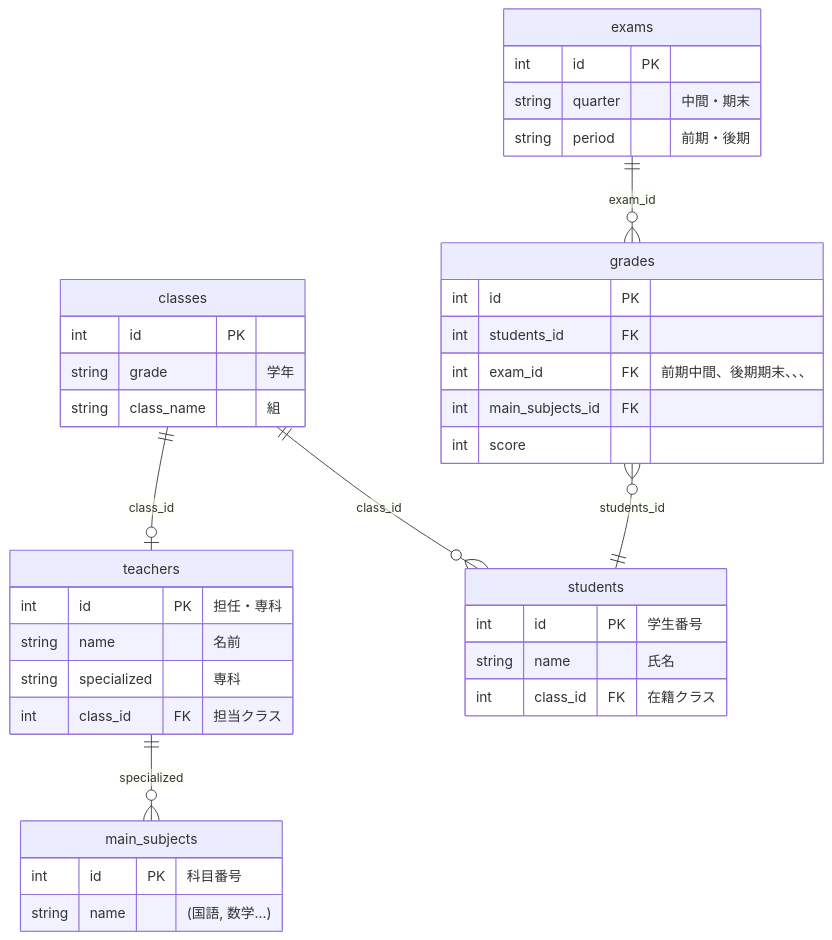
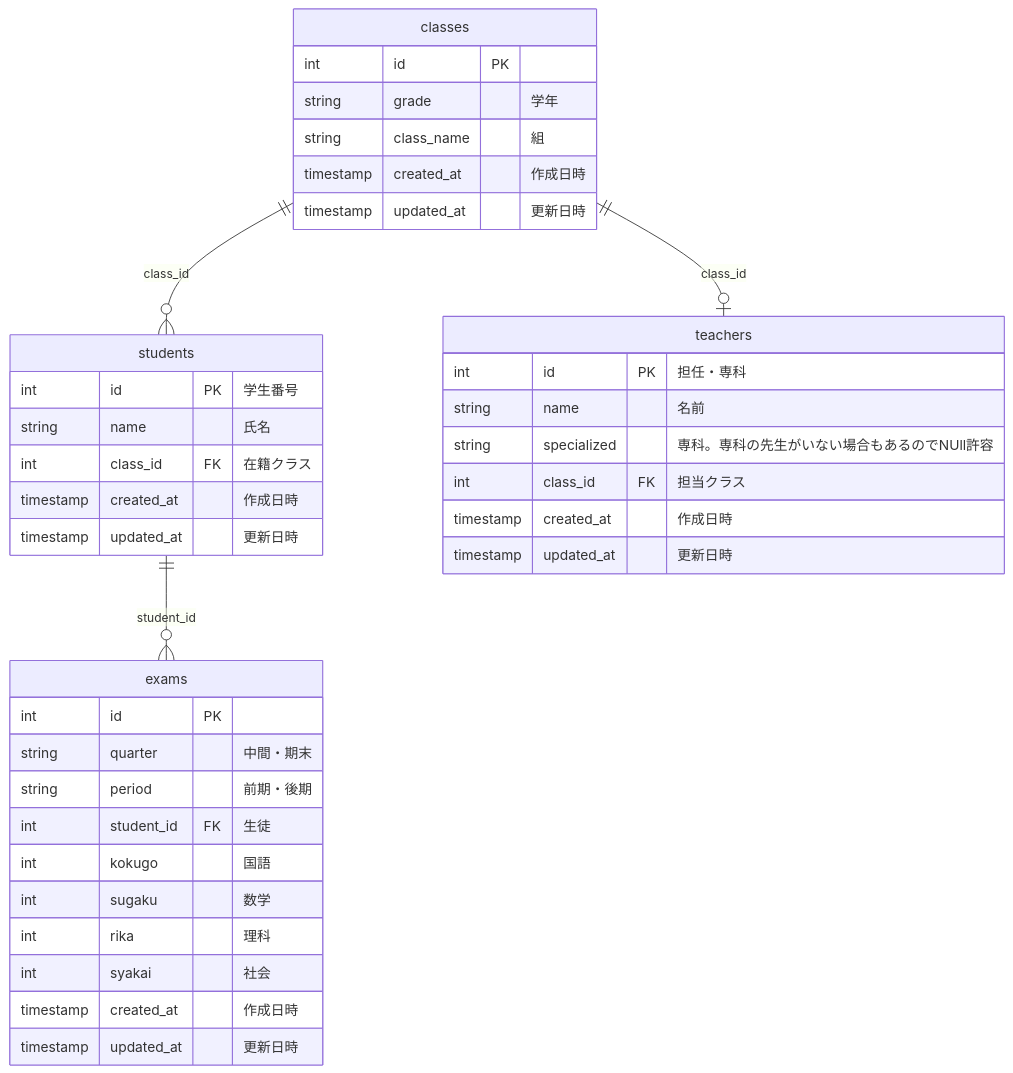
Before and after one commit to linuxfirstMint/your-school: the diagram in grade-management/doc/er_design.mmd, drawn with Mermaid. The commit also changed other lines of this file, not shown here.

Commit message:
doc: ER図をプロトタイプ向け構成に再設計 (#5)
* doc: erDiagramのリレーション方向とカラム設計を修正

- classes側のFK(teachers_id, students_id)を削除し、teachers/studentsにclass_id FKを移動
- classesのclass属性(予約語)をclass_nameに変更
- teachersのclassroom(string)をclass_id FK(int)に変更

* doc: gradesエンティティ追加とリレーション方向を整理

- gradesテーブルを追加（students/exams/main_subjectsと紐づく）
- exams ||--o{ grades のリレーションを追加
- classes側のリレーション方向を修正（classes ||--o{ students/teachers）
- exam_idでquarter/periodを統合
- Mermaid記法の凡例コメントを追加

* doc: grades,main_subjectsテーブルの削除

* doc: examsに教科カラムを追加

* doc: 1人の生徒に複数の成績(前期中間、後期期末)が紐づくように変更

* doc: specializedカラムは専科の先生がいない場合もあるので、null許容

* doc: 全てのテーブルに作成日時、更新日時カラムを追加

生徒、先生、クラスは年度の変わり目で変更される。
成績は採点の不備などによって、各教科の得点が変更される可能性が大きいため

* fix: リレーション定義のコンフリクトマーカーを除去

```diff
--- a/grade-management/doc/er_design.mmd
+++ b/grade-management/doc/er_design.mmd
@@ -1,51 +1,49 @@
 erDiagram
-    teachers ||--o{ main_subjects : "specialized"
     classes ||--o{ students : "class_id"
     classes ||--o| teachers : "class_id"
-    grades }o--|| students: "students_id"
-    exams ||--o{ grades : "exam_id"
+    students ||--o{ exams : "student_id"
 
 %% ||--o{ : 「1対多」
 %% || (左側) : 1側。片側が必ず1つであることを示します（必須）。
 %% o{ (右側) : 多側。0個以上（Zero or Many）であることを示します。
 %% ||--|{ : 1対多かつ、「多側」が1つ以上（One or Many）。 
 
     teachers {
         int id PK "担任・専科"
         string name "名前"
-        string specialized "専科"
+        string specialized "専科。専科の先生がいない場合もあるのでNUll許容"
         int class_id FK "担当クラス"
+        timestamp created_at "作成日時"
+        timestamp updated_at "更新日時"
     }
 
      
     classes {
         int id PK 
         string grade "学年"
         string class_name "組"
+        timestamp created_at "作成日時"
+        timestamp updated_at "更新日時"
     }
 
     students {
         int id PK "学生番号"
         string name "氏名"
         int class_id FK "在籍クラス"
-    }
-
-    main_subjects {
-        int id PK "科目番号"
-        string name "(国語, 数学...)"
+        timestamp created_at "作成日時"
+        timestamp updated_at "更新日時"
     }
 
 
     exams {
-        int id PK
+        int id PK 
         string quarter "中間・期末"
         string period "前期・後期"
+        int student_id FK "生徒"
+        int kokugo "国語"
+        int sugaku "数学"
+        int rika "理科"
+        int syakai "社会"
+        timestamp created_at "作成日時"
+        timestamp updated_at "更新日時"
     }
-
-    grades {
-        int id PK
-        int students_id FK 
-        int exam_id FK "前期中間、後期期末、、、"
-        int main_subjects_id FK
-        int score 
-    }
```
